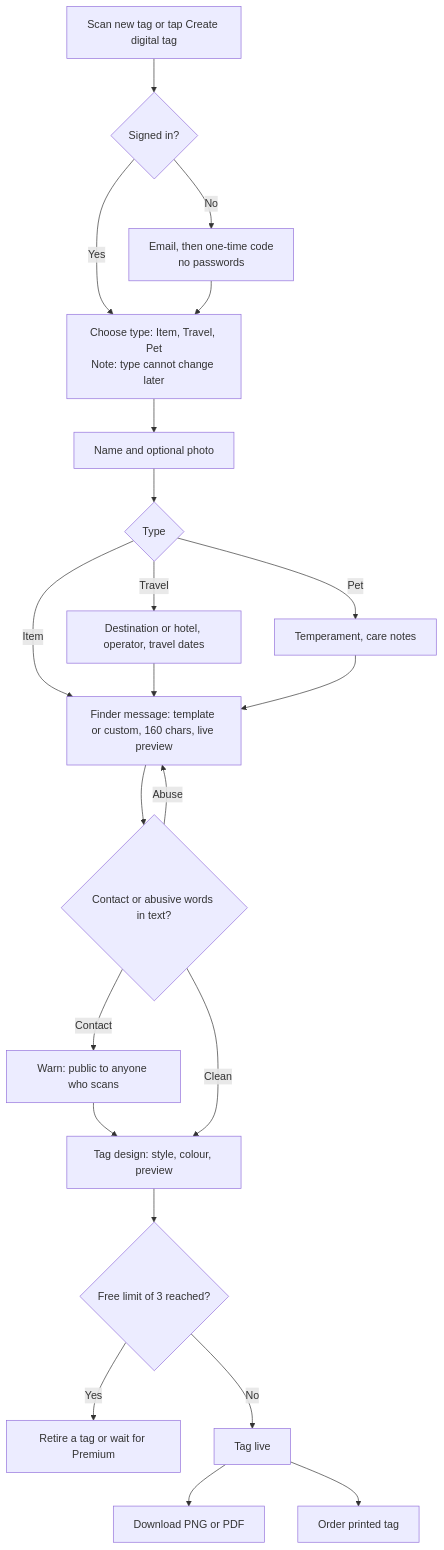
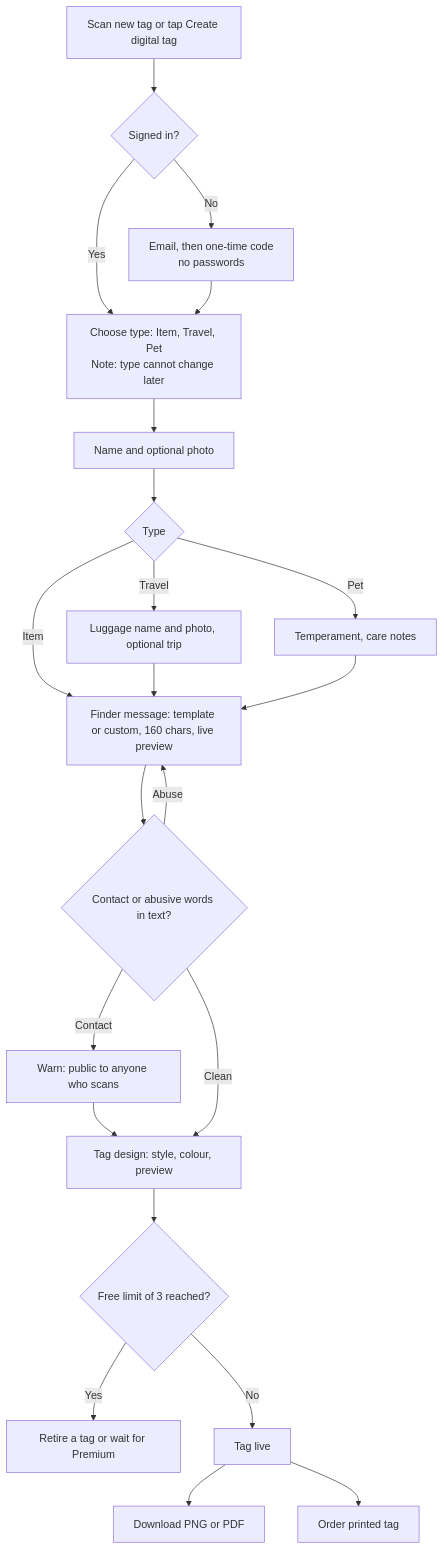
The first of 4 diagrams in docs/USER-FLOWS.md (Selaseyjr/tagkin), drawn with Mermaid before and after one commit. The commit also changed 7 other files, not shown here.

````diff
--- a/docs/USER-FLOWS.md
+++ b/docs/USER-FLOWS.md
@@ -21,23 +21,23 @@
 ```mermaid
 flowchart TD
   A[Scan new tag or tap Create digital tag] --> B{Signed in?}
   B -- No --> C[Email, then one-time code<br/>no passwords]
   B -- Yes --> D
   C --> D[Choose type: Item, Travel, Pet<br/>Note: type cannot change later]
   D --> E[Name and optional photo]
   E --> F{Type}
-  F -- Travel --> G[Destination or hotel, operator, travel dates]
+  F -- Travel --> G[Luggage name and photo, optional trip]
   F -- Pet --> H[Temperament, care notes]
   F -- Item --> I
   G --> I[Finder message: template or custom, 160 chars, live preview]
   H --> I
   I --> J{Contact or abusive words in text?}
   J -- Contact --> K[Warn: public to anyone who scans] --> L
   J -- Abuse --> I
   J -- Clean --> L[Tag design: style, colour, preview]
   L --> M{Free limit of 3 reached?}
   M -- Yes --> N[Retire a tag or wait for Premium]
   M -- No --> O[Tag live]
   O --> P[Download PNG or PDF]
   O --> Q[Order printed tag]
 ```
````
